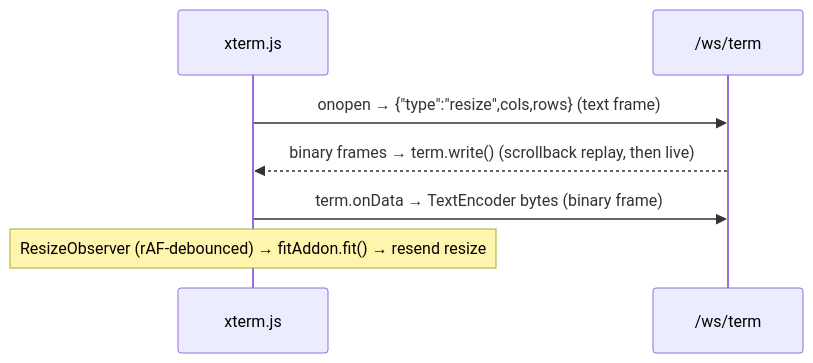
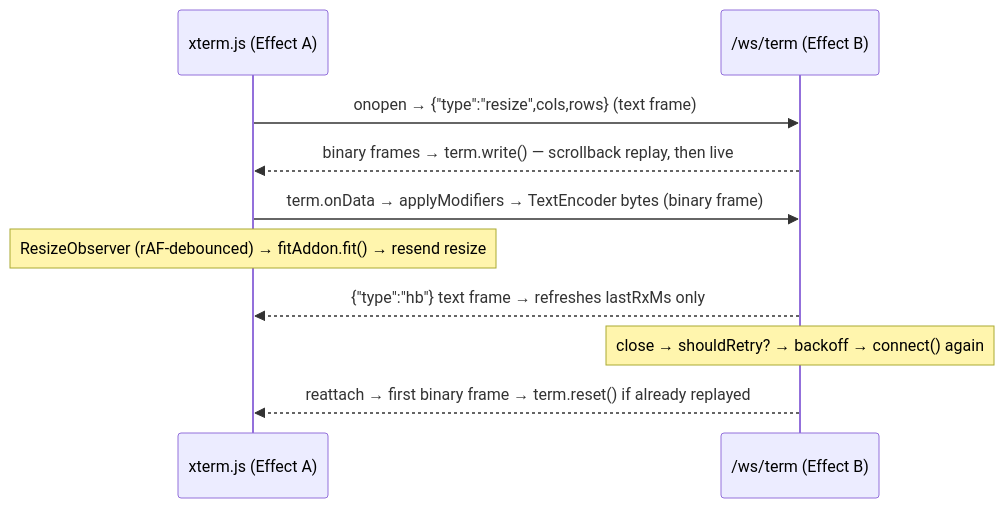
The sixth of 8 diagrams in docs/07-frontend.md (rizquuula/Constellate), drawn with Mermaid before and after one commit. The commit also changed other lines of this file and 10 other files, not shown here.

````diff
--- a/docs/07-frontend.md
+++ b/docs/07-frontend.md
@@ -98,9 +348,12 @@
 ```mermaid
 sequenceDiagram
-    participant XT as xterm.js
-    participant WS as /ws/term
+    participant XT as xterm.js (Effect A)
+    participant WS as /ws/term (Effect B)
     XT->>WS: onopen → {"type":"resize",cols,rows} (text frame)
-    WS-->>XT: binary frames → term.write() (scrollback replay, then live)
-    XT->>WS: term.onData → TextEncoder bytes (binary frame)
+    WS-->>XT: binary frames → term.write() — scrollback replay, then live
+    XT->>WS: term.onData → applyModifiers → TextEncoder bytes (binary frame)
     Note over XT: ResizeObserver (rAF-debounced) → fitAddon.fit() → resend resize
+    WS-->>XT: {"type":"hb"} text frame → refreshes lastRxMs only
+    Note over WS: close → shouldRetry? → backoff → connect() again
+    WS-->>XT: reattach → first binary frame → term.reset() if already replayed
 ```
````
